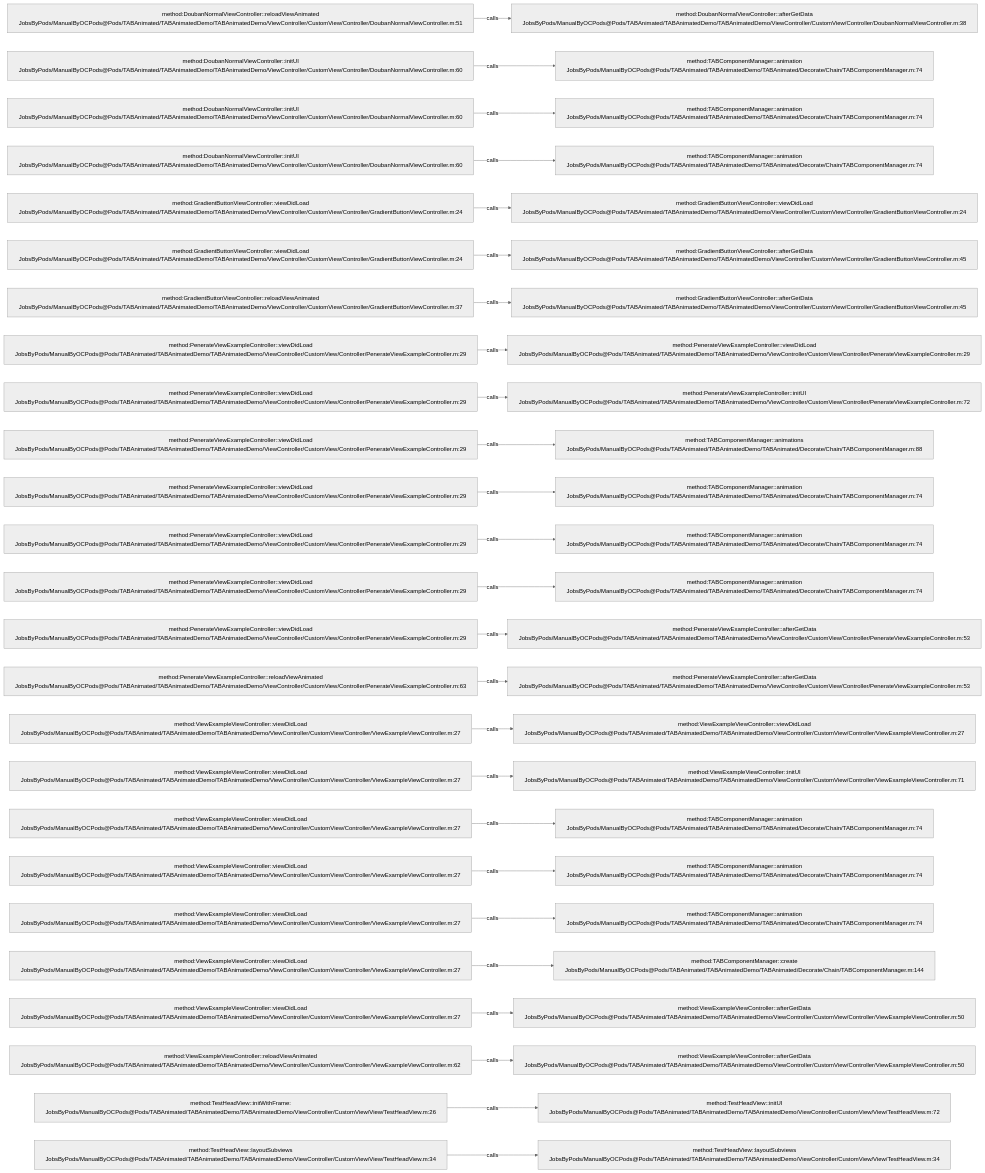
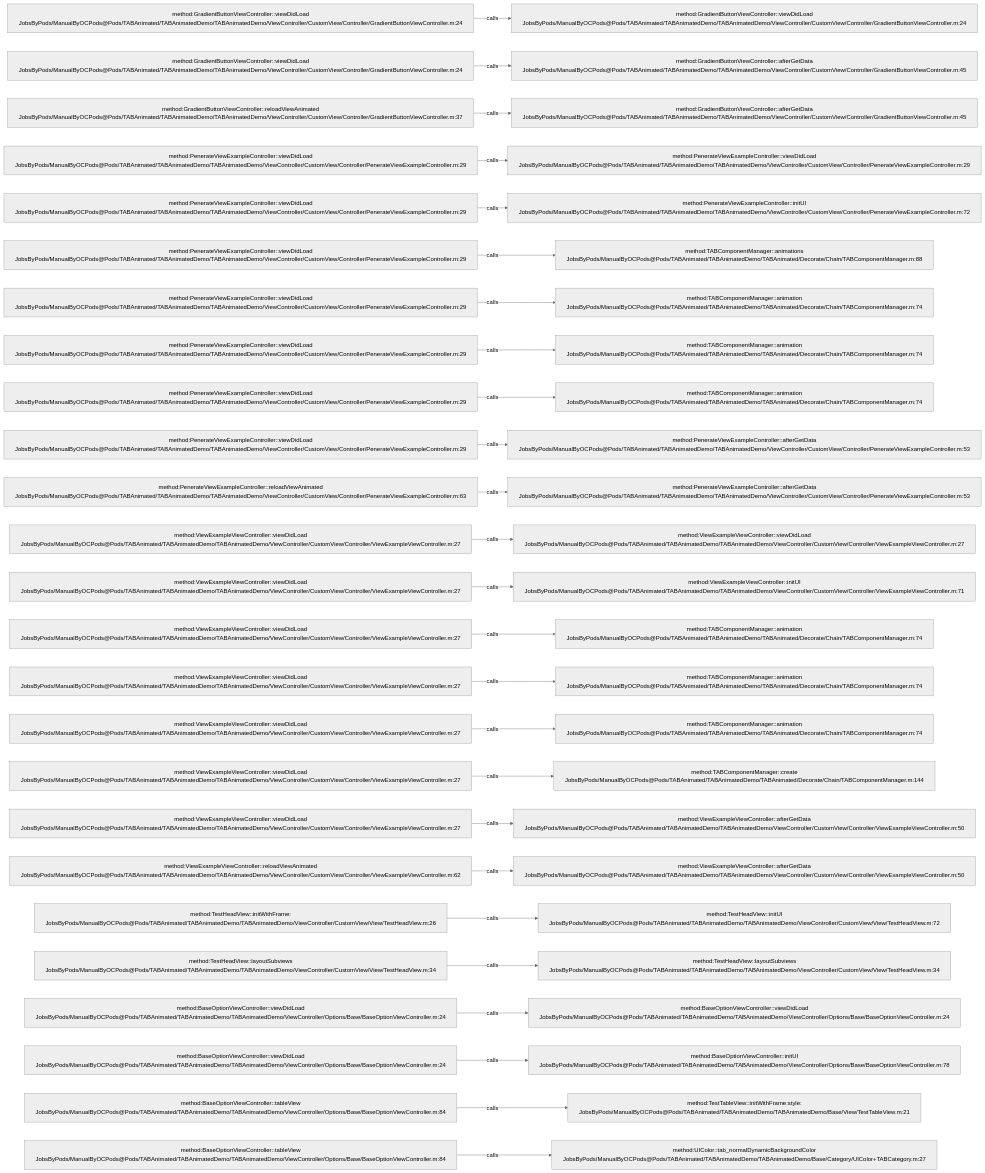
One commit to JobsKits/JobsOCBaseConfigDemo changed the diagram in .codegraph/codegraph.md/graphs/calls-052.md. Above: the diagram before and after it, drawn with Mermaid (neutral theme). The commit also changed 727 other files, not shown here.

````diff
--- a/.codegraph/codegraph.md/graphs/calls-052.md
+++ b/.codegraph/codegraph.md/graphs/calls-052.md
@@ -13,78 +13,78 @@
 ```mermaid
 flowchart LR
-  S1["method:DoubanNormalViewController::reloadViewAnimated<br/>JobsByPods/ManualByOCPods@Pods/TABAnimated/TABAnimatedDemo/TABAnimatedDemo/ViewController/CustomView/Controller/DoubanNormalViewController.m:51"]
-  T1["method:DoubanNormalViewController::afterGetData<br/>JobsByPods/ManualByOCPods@Pods/TABAnimated/TABAnimatedDemo/TABAnimatedDemo/ViewController/CustomView/Controller/DoubanNormalViewController.m:38"]
+  S1["method:GradientButtonViewController::viewDidLoad<br/>JobsByPods/ManualByOCPods@Pods/TABAnimated/TABAnimatedDemo/TABAnimatedDemo/ViewController/CustomView/Controller/GradientButtonViewController.m:24"]
+  T1["method:GradientButtonViewController::viewDidLoad<br/>JobsByPods/ManualByOCPods@Pods/TABAnimated/TABAnimatedDemo/TABAnimatedDemo/ViewController/CustomView/Controller/GradientButtonViewController.m:24"]
   S1 -->|calls| T1
-  S2["method:DoubanNormalViewController::initUI<br/>JobsByPods/ManualByOCPods@Pods/TABAnimated/TABAnimatedDemo/TABAnimatedDemo/ViewController/CustomView/Controller/DoubanNormalViewController.m:60"]
-  T2["method:TABComponentManager::animation<br/>JobsByPods/ManualByOCPods@Pods/TABAnimated/TABAnimatedDemo/TABAnimated/Decorate/Chain/TABComponentManager.m:74"]
+  S2["method:GradientButtonViewController::viewDidLoad<br/>JobsByPods/ManualByOCPods@Pods/TABAnimated/TABAnimatedDemo/TABAnimatedDemo/ViewController/CustomView/Controller/GradientButtonViewController.m:24"]
+  T2["method:GradientButtonViewController::afterGetData<br/>JobsByPods/ManualByOCPods@Pods/TABAnimated/TABAnimatedDemo/TABAnimatedDemo/ViewController/CustomView/Controller/GradientButtonViewController.m:45"]
   S2 -->|calls| T2
-  S3["method:DoubanNormalViewController::initUI<br/>JobsByPods/ManualByOCPods@Pods/TABAnimated/TABAnimatedDemo/TABAnimatedDemo/ViewController/CustomView/Controller/DoubanNormalViewController.m:60"]
-  T3["method:TABComponentManager::animation<br/>JobsByPods/ManualByOCPods@Pods/TABAnimated/TABAnimatedDemo/TABAnimated/Decorate/Chain/TABComponentManager.m:74"]
+  S3["method:GradientButtonViewController::reloadViewAnimated<br/>JobsByPods/ManualByOCPods@Pods/TABAnimated/TABAnimatedDemo/TABAnimatedDemo/ViewController/CustomView/Controller/GradientButtonViewController.m:37"]
+  T3["method:GradientButtonViewController::afterGetData<br/>JobsByPods/ManualByOCPods@Pods/TABAnimated/TABAnimatedDemo/TABAnimatedDemo/ViewController/CustomView/Controller/GradientButtonViewController.m:45"]
   S3 -->|calls| T3
-  S4["method:DoubanNormalViewController::initUI<br/>JobsByPods/ManualByOCPods@Pods/TABAnimated/TABAnimatedDemo/TABAnimatedDemo/ViewController/CustomView/Controller/DoubanNormalViewController.m:60"]
-  T4["method:TABComponentManager::animation<br/>JobsByPods/ManualByOCPods@Pods/TABAnimated/TABAnimatedDemo/TABAnimated/Decorate/Chain/TABComponentManager.m:74"]
+  S4["method:PenerateViewExampleController::viewDidLoad<br/>JobsByPods/ManualByOCPods@Pods/TABAnimated/TABAnimatedDemo/TABAnimatedDemo/ViewController/CustomView/Controller/PenerateViewExampleController.m:29"]
+  T4["method:PenerateViewExampleController::viewDidLoad<br/>JobsByPods/ManualByOCPods@Pods/TABAnimated/TABAnimatedDemo/TABAnimatedDemo/ViewController/CustomView/Controller/PenerateViewExampleController.m:29"]
   S4 -->|calls| T4
-  S5["method:GradientButtonViewController::viewDidLoad<br/>JobsByPods/ManualByOCPods@Pods/TABAnimated/TABAnimatedDemo/TABAnimatedDemo/ViewController/CustomView/Controller/GradientButtonViewController.m:24"]
-  T5["method:GradientButtonViewController::viewDidLoad<br/>JobsByPods/ManualByOCPods@Pods/TABAnimated/TABAnimatedDemo/TABAnimatedDemo/ViewController/CustomView/Controller/GradientButtonViewController.m:24"]
+  S5["method:PenerateViewExampleController::viewDidLoad<br/>JobsByPods/ManualByOCPods@Pods/TABAnimated/TABAnimatedDemo/TABAnimatedDemo/ViewController/CustomView/Controller/PenerateViewExampleController.m:29"]
+  T5["method:PenerateViewExampleController::initUI<br/>JobsByPods/ManualByOCPods@Pods/TABAnimated/TABAnimatedDemo/TABAnimatedDemo/ViewController/CustomView/Controller/PenerateViewExampleController.m:72"]
   S5 -->|calls| T5
-  S6["method:GradientButtonViewController::viewDidLoad<br/>JobsByPods/ManualByOCPods@Pods/TABAnimated/TABAnimatedDemo/TABAnimatedDemo/ViewController/CustomView/Controller/GradientButtonViewController.m:24"]
-  T6["method:GradientButtonViewController::afterGetData<br/>JobsByPods/ManualByOCPods@Pods/TABAnimated/TABAnimatedDemo/TABAnimatedDemo/ViewController/CustomView/Controller/GradientButtonViewController.m:45"]
+  S6["method:PenerateViewExampleController::viewDidLoad<br/>JobsByPods/ManualByOCPods@Pods/TABAnimated/TABAnimatedDemo/TABAnimatedDemo/ViewController/CustomView/Controller/PenerateViewExampleController.m:29"]
+  T6["method:TABComponentManager::animations<br/>JobsByPods/ManualByOCPods@Pods/TABAnimated/TABAnimatedDemo/TABAnimated/Decorate/Chain/TABComponentManager.m:88"]
   S6 -->|calls| T6
-  S7["method:GradientButtonViewController::reloadViewAnimated<br/>JobsByPods/ManualByOCPods@Pods/TABAnimated/TABAnimatedDemo/TABAnimatedDemo/ViewController/CustomView/Controller/GradientButtonViewController.m:37"]
-  T7["method:GradientButtonViewController::afterGetData<br/>JobsByPods/ManualByOCPods@Pods/TABAnimated/TABAnimatedDemo/TABAnimatedDemo/ViewController/CustomView/Controller/GradientButtonViewController.m:45"]
+  S7["method:PenerateViewExampleController::viewDidLoad<br/>JobsByPods/ManualByOCPods@Pods/TABAnimated/TABAnimatedDemo/TABAnimatedDemo/ViewController/CustomView/Controller/PenerateViewExampleController.m:29"]
+  T7["method:TABComponentManager::animation<br/>JobsByPods/ManualByOCPods@Pods/TABAnimated/TABAnimatedDemo/TABAnimated/Decorate/Chain/TABComponentManager.m:74"]
   S7 -->|calls| T7
   S8["method:PenerateViewExampleController::viewDidLoad<br/>JobsByPods/ManualByOCPods@Pods/TABAnimated/TABAnimatedDemo/TABAnimatedDemo/ViewController/CustomView/Controller/PenerateViewExampleController.m:29"]
-  T8["method:PenerateViewExampleController::viewDidLoad<br/>JobsByPods/ManualByOCPods@Pods/TABAnimated/TABAnimatedDemo/TABAnimatedDemo/ViewController/CustomView/Controller/PenerateViewExampleController.m:29"]
+  T8["method:TABComponentManager::animation<br/>JobsByPods/ManualByOCPods@Pods/TABAnimated/TABAnimatedDemo/TABAnimated/Decorate/Chain/TABComponentManager.m:74"]
   S8 -->|calls| T8
   S9["method:PenerateViewExampleController::viewDidLoad<br/>JobsByPods/ManualByOCPods@Pods/TABAnimated/TABAnimatedDemo/TABAnimatedDemo/ViewController/CustomView/Controller/PenerateViewExampleController.m:29"]
-  T9["method:PenerateViewExampleController::initUI<br/>JobsByPods/ManualByOCPods@Pods/TABAnimated/TABAnimatedDemo/TABAnimatedDemo/ViewController/CustomView/Controller/PenerateViewExampleController.m:72"]
+  T9["method:TABComponentManager::animation<br/>JobsByPods/ManualByOCPods@Pods/TABAnimated/TABAnimatedDemo/TABAnimated/Decorate/Chain/TABComponentManager.m:74"]
   S9 -->|calls| T9
   S10["method:PenerateViewExampleController::viewDidLoad<br/>JobsByPods/ManualByOCPods@Pods/TABAnimated/TABAnimatedDemo/TABAnimatedDemo/ViewController/CustomView/Controller/PenerateViewExampleController.m:29"]
-  T10["method:TABComponentManager::animations<br/>JobsByPods/ManualByOCPods@Pods/TABAnimated/TABAnimatedDemo/TABAnimated/Decorate/Chain/TABComponentManager.m:88"]
+  T10["method:PenerateViewExampleController::afterGetData<br/>JobsByPods/ManualByOCPods@Pods/TABAnimated/TABAnimatedDemo/TABAnimatedDemo/ViewController/CustomView/Controller/PenerateViewExampleController.m:53"]
   S10 -->|calls| T10
-  S11["method:PenerateViewExampleController::viewDidLoad<br/>JobsByPods/ManualByOCPods@Pods/TABAnimated/TABAnimatedDemo/TABAnimatedDemo/ViewController/CustomView/Controller/PenerateViewExampleController.m:29"]
-  T11["method:TABComponentManager::animation<br/>JobsByPods/ManualByOCPods@Pods/TABAnimated/TABAnimatedDemo/TABAnimated/Decorate/Chain/TABComponentManager.m:74"]
+  S11["method:PenerateViewExampleController::reloadViewAnimated<br/>JobsByPods/ManualByOCPods@Pods/TABAnimated/TABAnimatedDemo/TABAnimatedDemo/ViewController/CustomView/Controller/PenerateViewExampleController.m:63"]
+  T11["method:PenerateViewExampleController::afterGetData<br/>JobsByPods/ManualByOCPods@Pods/TABAnimated/TABAnimatedDemo/TABAnimatedDemo/ViewController/CustomView/Controller/PenerateViewExampleController.m:53"]
   S11 -->|calls| T11
-  S12["method:PenerateViewExampleController::viewDidLoad<br/>JobsByPods/ManualByOCPods@Pods/TABAnimated/TABAnimatedDemo/TABAnimatedDemo/ViewController/CustomView/Controller/PenerateViewExampleController.m:29"]
-  T12["method:TABComponentManager::animation<br/>JobsByPods/ManualByOCPods@Pods/TABAnimated/TABAnimatedDemo/TABAnimated/Decorate/Chain/TABComponentManager.m:74"]
+  S12["method:ViewExampleViewController::viewDidLoad<br/>JobsByPods/ManualByOCPods@Pods/TABAnimated/TABAnimatedDemo/TABAnimatedDemo/ViewController/CustomView/Controller/ViewExampleViewController.m:27"]
+  T12["method:ViewExampleViewController::viewDidLoad<br/>JobsByPods/ManualByOCPods@Pods/TABAnimated/TABAnimatedDemo/TABAnimatedDemo/ViewController/CustomView/Controller/ViewExampleViewController.m:27"]
   S12 -->|calls| T12
-  S13["method:PenerateViewExampleController::viewDidLoad<br/>JobsByPods/ManualByOCPods@Pods/TABAnimated/TABAnimatedDemo/TABAnimatedDemo/ViewController/CustomView/Controller/PenerateViewExampleController.m:29"]
-  T13["method:TABComponentManager::animation<br/>JobsByPods/ManualByOCPods@Pods/TABAnimated/TABAnimatedDemo/TABAnimated/Decorate/Chain/TABComponentManager.m:74"]
+  S13["method:ViewExampleViewController::viewDidLoad<br/>JobsByPods/ManualByOCPods@Pods/TABAnimated/TABAnimatedDemo/TABAnimatedDemo/ViewController/CustomView/Controller/ViewExampleViewController.m:27"]
+  T13["method:ViewExampleViewController::initUI<br/>JobsByPods/ManualByOCPods@Pods/TABAnimated/TABAnimatedDemo/TABAnimatedDemo/ViewController/CustomView/Controller/ViewExampleViewController.m:71"]
   S13 -->|calls| T13
-  S14["method:PenerateViewExampleController::viewDidLoad<br/>JobsByPods/ManualByOCPods@Pods/TABAnimated/TABAnimatedDemo/TABAnimatedDemo/ViewController/CustomView/Controller/PenerateViewExampleController.m:29"]
-  T14["method:PenerateViewExampleController::afterGetData<br/>JobsByPods/ManualByOCPods@Pods/TABAnimated/TABAnimatedDemo/TABAnimatedDemo/ViewController/CustomView/Controller/PenerateViewExampleController.m:53"]
+  S14["method:ViewExampleViewController::viewDidLoad<br/>JobsByPods/ManualByOCPods@Pods/TABAnimated/TABAnimatedDemo/TABAnimatedDemo/ViewController/CustomView/Controller/ViewExampleViewController.m:27"]
+  T14["method:TABComponentManager::animation<br/>JobsByPods/ManualByOCPods@Pods/TABAnimated/TABAnimatedDemo/TABAnimated/Decorate/Chain/TABComponentManager.m:74"]
   S14 -->|calls| T14
-  S15["method:PenerateViewExampleController::reloadViewAnimated<br/>JobsByPods/ManualByOCPods@Pods/TABAnimated/TABAnimatedDemo/TABAnimatedDemo/ViewController/CustomView/Controller/PenerateViewExampleController.m:63"]
-  T15["method:PenerateViewExampleController::afterGetData<br/>JobsByPods/ManualByOCPods@Pods/TABAnimated/TABAnimatedDemo/TABAnimatedDemo/ViewController/CustomView/Controller/PenerateViewExampleController.m:53"]
+  S15["method:ViewExampleViewController::viewDidLoad<br/>JobsByPods/ManualByOCPods@Pods/TABAnimated/TABAnimatedDemo/TABAnimatedDemo/ViewController/CustomView/Controller/ViewExampleViewController.m:27"]
+  T15["method:TABComponentManager::animation<br/>JobsByPods/ManualByOCPods@Pods/TABAnimated/TABAnimatedDemo/TABAnimated/Decorate/Chain/TABComponentManager.m:74"]
   S15 -->|calls| T15
   S16["method:ViewExampleViewController::viewDidLoad<br/>JobsByPods/ManualByOCPods@Pods/TABAnimated/TABAnimatedDemo/TABAnimatedDemo/ViewController/CustomView/Controller/ViewExampleViewController.m:27"]
-  T16["method:ViewExampleViewController::viewDidLoad<br/>JobsByPods/ManualByOCPods@Pods/TABAnimated/TABAnimatedDemo/TABAnimatedDemo/ViewController/CustomView/Controller/ViewExampleViewController.m:27"]
+  T16["method:TABComponentManager::animation<br/>JobsByPods/ManualByOCPods@Pods/TABAnimated/TABAnimatedDemo/TABAnimated/Decorate/Chain/TABComponentManager.m:74"]
   S16 -->|calls| T16
   S17["method:ViewExampleViewController::viewDidLoad<br/>JobsByPods/ManualByOCPods@Pods/TABAnimated/TABAnimatedDemo/TABAnimatedDemo/ViewController/CustomView/Controller/ViewExampleViewController.m:27"]
-  T17["method:ViewExampleViewController::initUI<br/>JobsByPods/ManualByOCPods@Pods/TABAnimated/TABAnimatedDemo/TABAnimatedDemo/ViewController/CustomView/Controller/ViewExampleViewController.m:71"]
+  T17["method:TABComponentManager::create<br/>JobsByPods/ManualByOCPods@Pods/TABAnimated/TABAnimatedDemo/TABAnimated/Decorate/Chain/TABComponentManager.m:144"]
   S17 -->|calls| T17
   S18["method:ViewExampleViewController::viewDidLoad<br/>JobsByPods/ManualByOCPods@Pods/TABAnimated/TABAnimatedDemo/TABAnimatedDemo/ViewController/CustomView/Controller/ViewExampleViewController.m:27"]
-  T18["method:TABComponentManager::animation<br/>JobsByPods/ManualByOCPods@Pods/TABAnimated/TABAnimatedDemo/TABAnimated/Decorate/Chain/TABComponentManager.m:74"]
+  T18["method:ViewExampleViewController::afterGetData<br/>JobsByPods/ManualByOCPods@Pods/TABAnimated/TABAnimatedDemo/TABAnimatedDemo/ViewController/CustomView/Controller/ViewExampleViewController.m:50"]
   S18 -->|calls| T18
-  S19["method:ViewExampleViewController::viewDidLoad<br/>JobsByPods/ManualByOCPods@Pods/TABAnimated/TABAnimatedDemo/TABAnimatedDemo/ViewController/CustomView/Controller/ViewExampleViewController.m:27"]
-  T19["method:TABComponentManager::animation<br/>JobsByPods/ManualByOCPods@Pods/TABAnimated/TABAnimatedDemo/TABAnimated/Decorate/Chain/TABComponentManager.m:74"]
+  S19["method:ViewExampleViewController::reloadViewAnimated<br/>JobsByPods/ManualByOCPods@Pods/TABAnimated/TABAnimatedDemo/TABAnimatedDemo/ViewController/CustomView/Controller/ViewExampleViewController.m:62"]
+  T19["method:ViewExampleViewController::afterGetData<br/>JobsByPods/ManualByOCPods@Pods/TABAnimated/TABAnimatedDemo/TABAnimatedDemo/ViewController/CustomView/Controller/ViewExampleViewController.m:50"]
   S19 -->|calls| T19
-  S20["method:ViewExampleViewController::viewDidLoad<br/>JobsByPods/ManualByOCPods@Pods/TABAnimated/TABAnimatedDemo/TABAnimatedDemo/ViewController/CustomView/Controller/ViewExampleViewController.m:27"]
-  T20["method:TABComponentManager::animation<br/>JobsByPods/ManualByOCPods@Pods/TABAnimated/TABAnimatedDemo/TABAnimated/Decorate/Chain/TABComponentManager.m:74"]
+  S20["method:TestHeadView::initWithFrame:<br/>JobsByPods/ManualByOCPods@Pods/TABAnimated/TABAnimatedDemo/TABAnimatedDemo/ViewController/CustomView/View/TestHeadView.m:26"]
+  T20["method:TestHeadView::initUI<br/>JobsByPods/ManualByOCPods@Pods/TABAnimated/TABAnimatedDemo/TABAnimatedDemo/ViewController/CustomView/View/TestHeadView.m:72"]
   S20 -->|calls| T20
-  S21["method:ViewExampleViewController::viewDidLoad<br/>JobsByPods/ManualByOCPods@Pods/TABAnimated/TABAnimatedDemo/TABAnimatedDemo/ViewController/CustomView/Controller/ViewExampleViewController.m:27"]
-  T21["method:TABComponentManager::create<br/>JobsByPods/ManualByOCPods@Pods/TABAnimated/TABAnimatedDemo/TABAnimated/Decorate/Chain/TABComponentManager.m:144"]
+  S21["method:TestHeadView::layoutSubviews<br/>JobsByPods/ManualByOCPods@Pods/TABAnimated/TABAnimatedDemo/TABAnimatedDemo/ViewController/CustomView/View/TestHeadView.m:34"]
+  T21["method:TestHeadView::layoutSubviews<br/>JobsByPods/ManualByOCPods@Pods/TABAnimated/TABAnimatedDemo/TABAnimatedDemo/ViewController/CustomView/View/TestHeadView.m:34"]
   S21 -->|calls| T21
-  S22["method:ViewExampleViewController::viewDidLoad<br/>JobsByPods/ManualByOCPods@Pods/TABAnimated/TABAnimatedDemo/TABAnimatedDemo/ViewController/CustomView/Controller/ViewExampleViewController.m:27"]
-  T22["method:ViewExampleViewController::afterGetData<br/>JobsByPods/ManualByOCPods@Pods/TABAnimated/TABAnimatedDemo/TABAnimatedDemo/ViewController/CustomView/Controller/ViewExampleViewController.m:50"]
+  S22["method:BaseOptionViewController::viewDidLoad<br/>JobsByPods/ManualByOCPods@Pods/TABAnimated/TABAnimatedDemo/TABAnimatedDemo/ViewController/Options/Base/BaseOptionViewController.m:24"]
+  T22["method:BaseOptionViewController::viewDidLoad<br/>JobsByPods/ManualByOCPods@Pods/TABAnimated/TABAnimatedDemo/TABAnimatedDemo/ViewController/Options/Base/BaseOptionViewController.m:24"]
   S22 -->|calls| T22
-  S23["method:ViewExampleViewController::reloadViewAnimated<br/>JobsByPods/ManualByOCPods@Pods/TABAnimated/TABAnimatedDemo/TABAnimatedDemo/ViewController/CustomView/Controller/ViewExampleViewController.m:62"]
-  T23["method:ViewExampleViewController::afterGetData<br/>JobsByPods/ManualByOCPods@Pods/TABAnimated/TABAnimatedDemo/TABAnimatedDemo/ViewController/CustomView/Controller/ViewExampleViewController.m:50"]
+  S23["method:BaseOptionViewController::viewDidLoad<br/>JobsByPods/ManualByOCPods@Pods/TABAnimated/TABAnimatedDemo/TABAnimatedDemo/ViewController/Options/Base/BaseOptionViewController.m:24"]
+  T23["method:BaseOptionViewController::initUI<br/>JobsByPods/ManualByOCPods@Pods/TABAnimated/TABAnimatedDemo/TABAnimatedDemo/ViewController/Options/Base/BaseOptionViewController.m:78"]
   S23 -->|calls| T23
-  S24["method:TestHeadView::initWithFrame:<br/>JobsByPods/ManualByOCPods@Pods/TABAnimated/TABAnimatedDemo/TABAnimatedDemo/ViewController/CustomView/View/TestHeadView.m:26"]
-  T24["method:TestHeadView::initUI<br/>JobsByPods/ManualByOCPods@Pods/TABAnimated/TABAnimatedDemo/TABAnimatedDemo/ViewController/CustomView/View/TestHeadView.m:72"]
+  S24["method:BaseOptionViewController::tableView<br/>JobsByPods/ManualByOCPods@Pods/TABAnimated/TABAnimatedDemo/TABAnimatedDemo/ViewController/Options/Base/BaseOptionViewController.m:84"]
+  T24["method:TestTableView::initWithFrame:style:<br/>JobsByPods/ManualByOCPods@Pods/TABAnimated/TABAnimatedDemo/TABAnimatedDemo/Base/View/TestTableView.m:21"]
   S24 -->|calls| T24
-  S25["method:TestHeadView::layoutSubviews<br/>JobsByPods/ManualByOCPods@Pods/TABAnimated/TABAnimatedDemo/TABAnimatedDemo/ViewController/CustomView/View/TestHeadView.m:34"]
-  T25["method:TestHeadView::layoutSubviews<br/>JobsByPods/ManualByOCPods@Pods/TABAnimated/TABAnimatedDemo/TABAnimatedDemo/ViewController/CustomView/View/TestHeadView.m:34"]
+  S25["method:BaseOptionViewController::tableView<br/>JobsByPods/ManualByOCPods@Pods/TABAnimated/TABAnimatedDemo/TABAnimatedDemo/ViewController/Options/Base/BaseOptionViewController.m:84"]
+  T25["method:UIColor::tab_normalDynamicBackgroundColor<br/>JobsByPods/ManualByOCPods@Pods/TABAnimated/TABAnimatedDemo/TABAnimatedDemo/Base/Category/UIColor+TABCategory.m:27"]
   S25 -->|calls| T25
 ```
````
